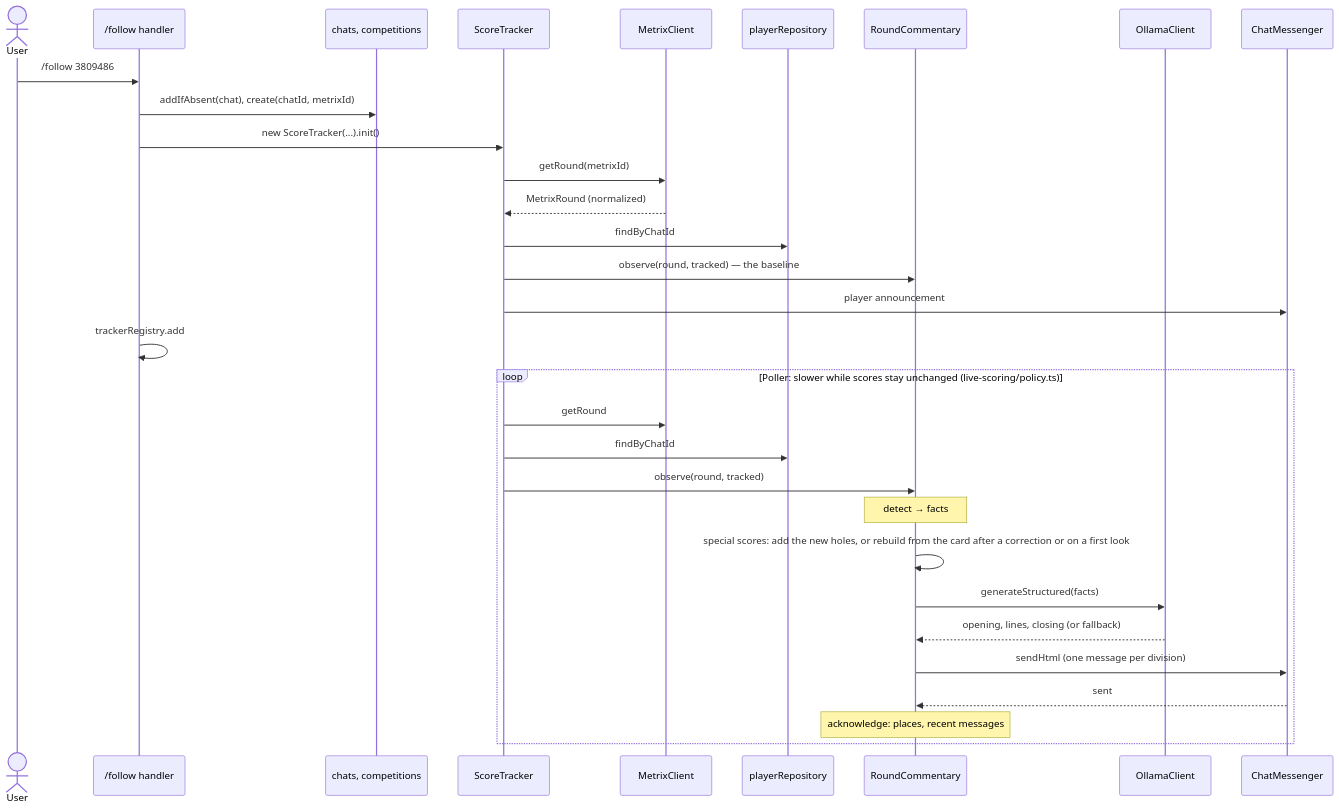
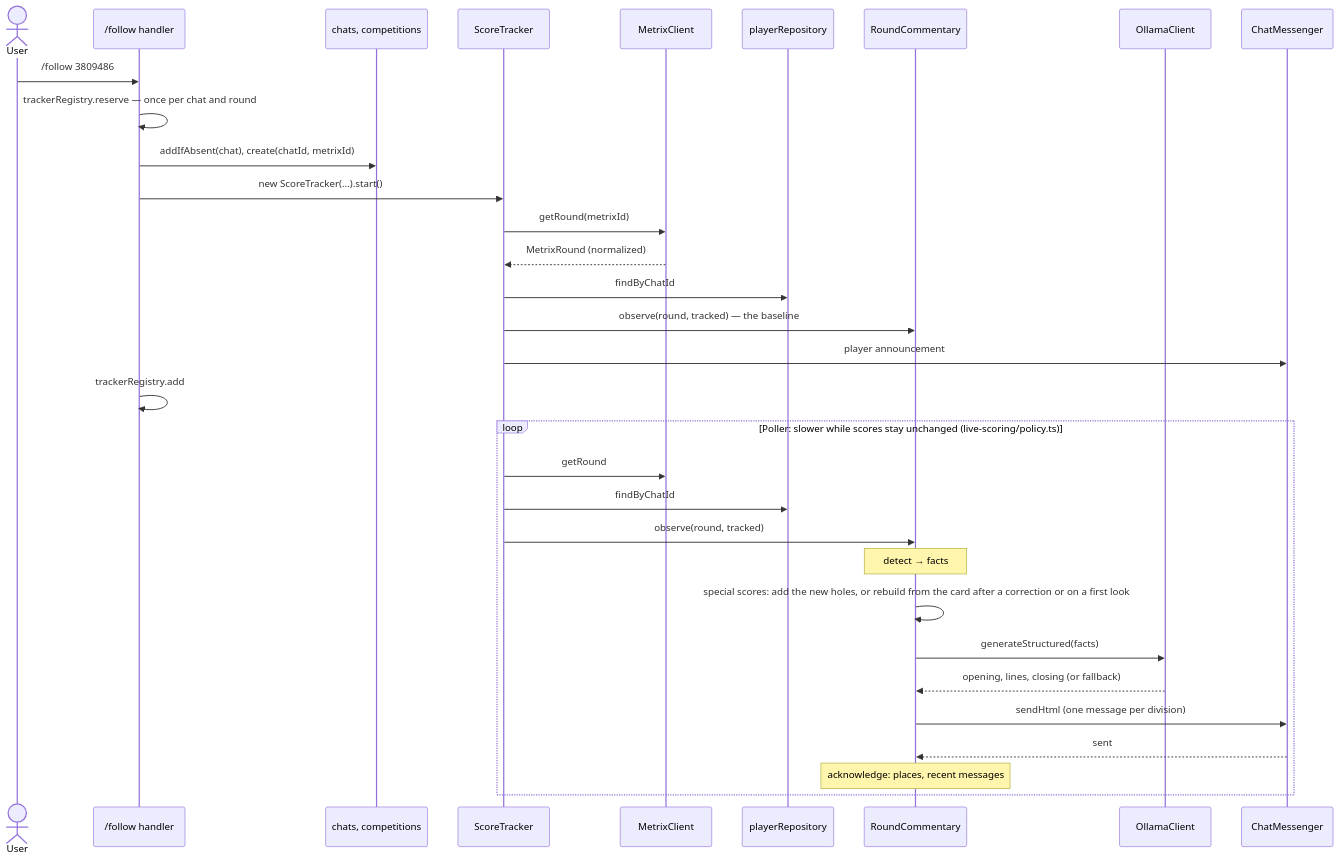
Before and after one commit to saarinenvh/sakariheitaja: the first of 2 diagrams in docs/architecture/live-scoring.md, drawn with Mermaid. The commit also changed other lines of this file and 30 other files, not shown here.

First line of the commit message:
fix: guard the competition lifecycle: one follow per round, resume retries, state before replies

````diff
--- a/docs/architecture/live-scoring.md
+++ b/docs/architecture/live-scoring.md
@@ -10,35 +10,36 @@
 ```mermaid
 sequenceDiagram
     actor User
     participant Cmd as /follow handler
     participant Comp as chats, competitions
     participant Tracker as ScoreTracker
     participant Metrix as MetrixClient
     participant Players as playerRepository
     participant Commentary as RoundCommentary
     participant Ollama as OllamaClient
     participant Messenger as ChatMessenger
 
     User->>Cmd: /follow 3809486
+    Cmd->>Cmd: trackerRegistry.reserve — once per chat and round
     Cmd->>Comp: addIfAbsent(chat), create(chatId, metrixId)
-    Cmd->>Tracker: new ScoreTracker(...).init()
+    Cmd->>Tracker: new ScoreTracker(...).start()
     Tracker->>Metrix: getRound(metrixId)
     Metrix-->>Tracker: MetrixRound (normalized)
     Tracker->>Players: findByChatId
     Tracker->>Commentary: observe(round, tracked) — the baseline
     Tracker->>Messenger: player announcement
     Cmd->>Cmd: trackerRegistry.add
 
     loop Poller: slower while scores stay unchanged (live-scoring/policy.ts)
         Tracker->>Metrix: getRound
         Tracker->>Players: findByChatId
         Tracker->>Commentary: observe(round, tracked)
         Note over Commentary: detect → facts
         Commentary->>Commentary: special scores: add the new holes, or rebuild from the card after a correction or on a first look
         Commentary->>Ollama: generateStructured(facts)
         Ollama-->>Commentary: opening, lines, closing (or fallback)
         Commentary->>Messenger: sendHtml (one message per division)
         Messenger-->>Commentary: sent
         Note over Commentary: acknowledge: places, recent messages
     end
 ```
````
